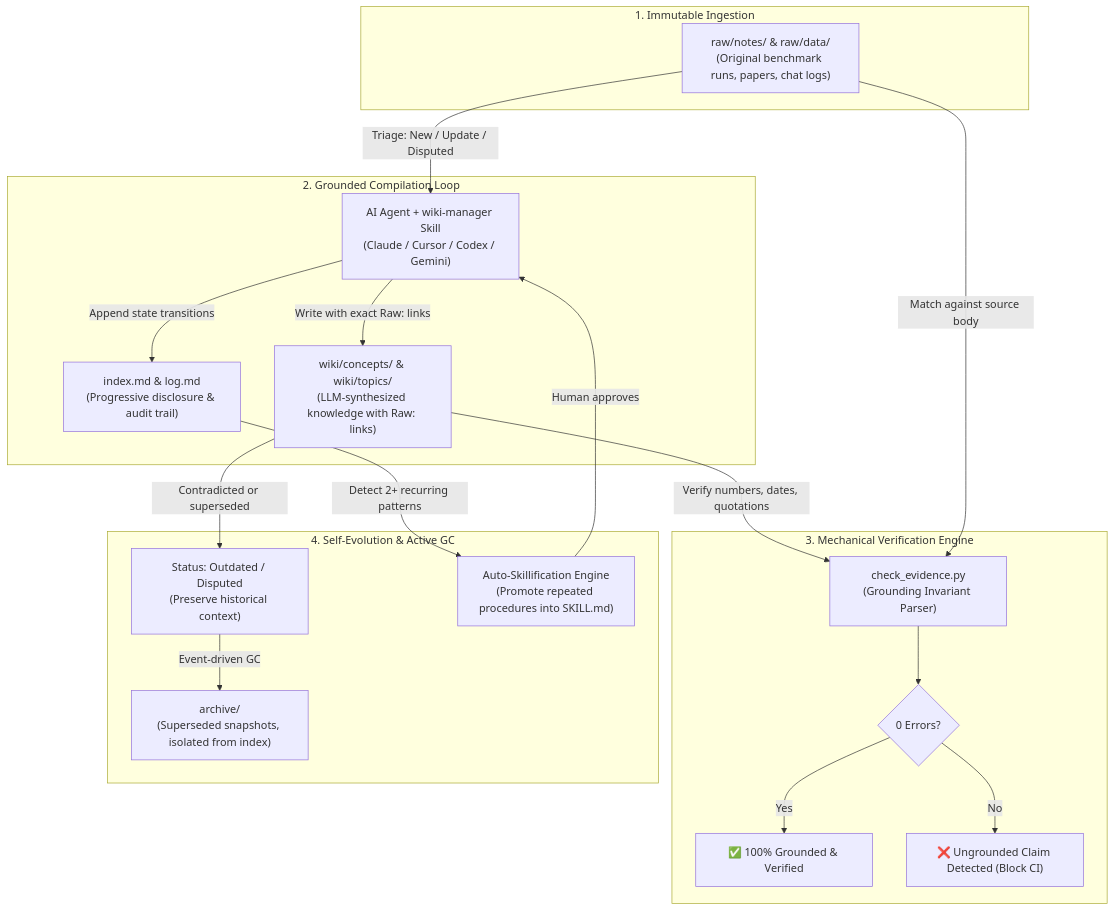
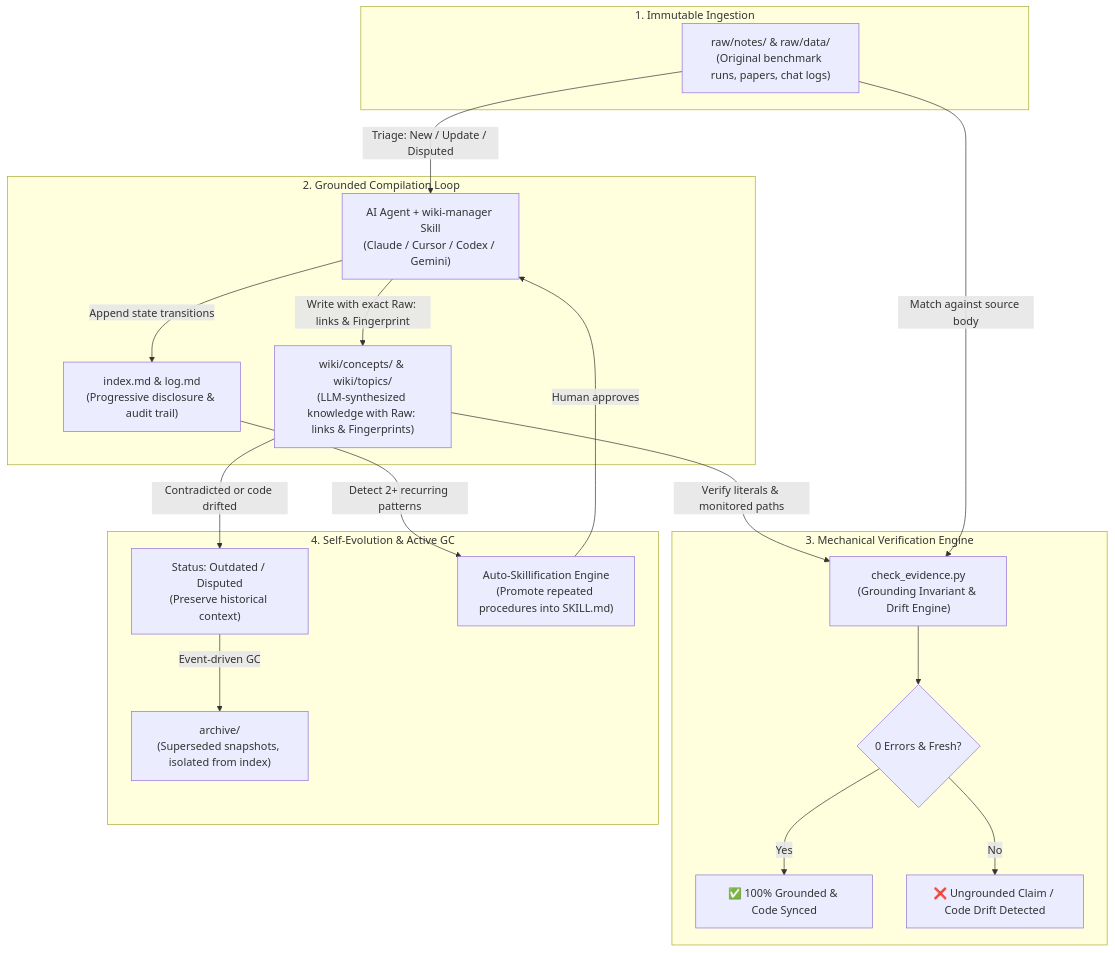
Before and after one commit to PALAN-K/llm-wiki-loop: the diagram in README.md, drawn with Mermaid. The commit also changed other lines of this file and 8 other files, not shown here.

Commit message:
feat: universal fingerprint and 0-token code drift detection (v1.1.0)

````diff
--- a/README.md
+++ b/README.md
@@ -38,46 +39,46 @@
 ```mermaid
 flowchart TD
     subgraph S1["1. Immutable Ingestion"]
         Raw["raw/notes/ & raw/data/
 (Original benchmark runs, papers, chat logs)"]
     end
 
     subgraph S2["2. Grounded Compilation Loop"]
         Agent["AI Agent + wiki-manager Skill
 (Claude / Cursor / Codex / Gemini)"]
         Wiki["wiki/concepts/ & wiki/topics/
-(LLM-synthesized knowledge with Raw: links)"]
+(LLM-synthesized knowledge with Raw: links & Fingerprints)"]
         Index["index.md & log.md
 (Progressive disclosure & audit trail)"]
     end
 
     subgraph S3["3. Mechanical Verification Engine"]
         Engine["check_evidence.py
-(Grounding Invariant Parser)"]
-        Verdict{"0 Errors?"}
-        Pass["✅ 100% Grounded & Verified"]
-        Fail["❌ Ungrounded Claim Detected (Block CI)"]
+(Grounding Invariant & Drift Engine)"]
+        Verdict{"0 Errors & Fresh?"}
+        Pass["✅ 100% Grounded & Code Synced"]
+        Fail["❌ Ungrounded Claim / Code Drift Detected"]
     end
 
     subgraph S4["4. Self-Evolution & Active GC"]
         Dispute["Status: Outdated / Disputed
 (Preserve historical context)"]
         Archive["archive/
 (Superseded snapshots, isolated from index)"]
         Skillify["Auto-Skillification Engine
 (Promote repeated procedures into SKILL.md)"]
     end
 
     Raw -->|Triage: New / Update / Disputed| Agent
-    Agent -->|Write with exact Raw: links| Wiki
+    Agent -->|Write with exact Raw: links & Fingerprint| Wiki
     Agent -->|Append state transitions| Index
-    Wiki -->|Verify numbers, dates, quotations| Engine
+    Wiki -->|Verify literals & monitored paths| Engine
     Raw -->|Match against source body| Engine
     Engine --> Verdict
     Verdict -->|Yes| Pass
     Verdict -->|No| Fail
-    Wiki -->|Contradicted or superseded| Dispute
+    Wiki -->|Contradicted or code drifted| Dispute
     Dispute -->|Event-driven GC| Archive
     Index -->|Detect 2+ recurring patterns| Skillify
     Skillify -->|Human approves| Agent
 ```
````
